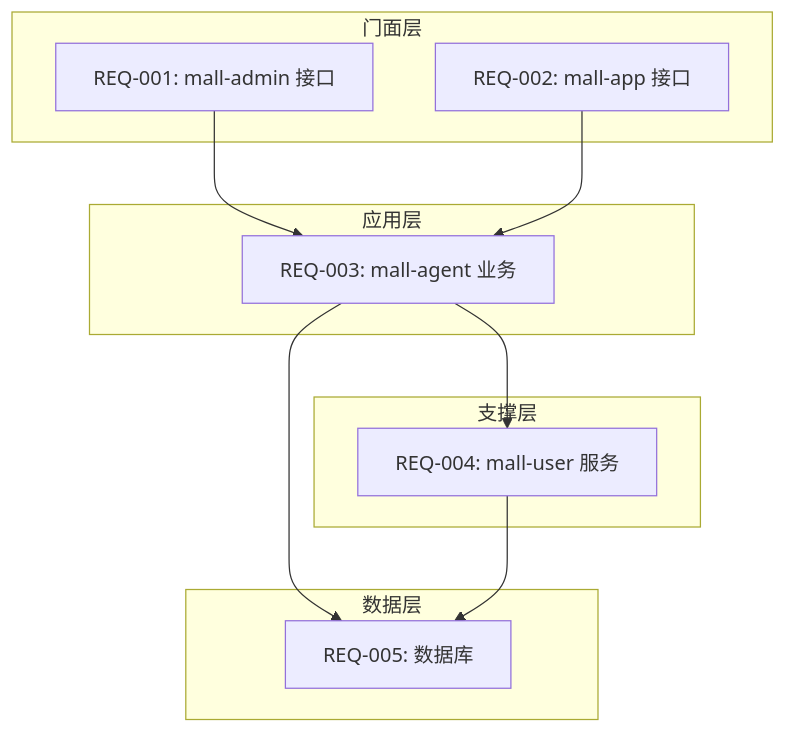
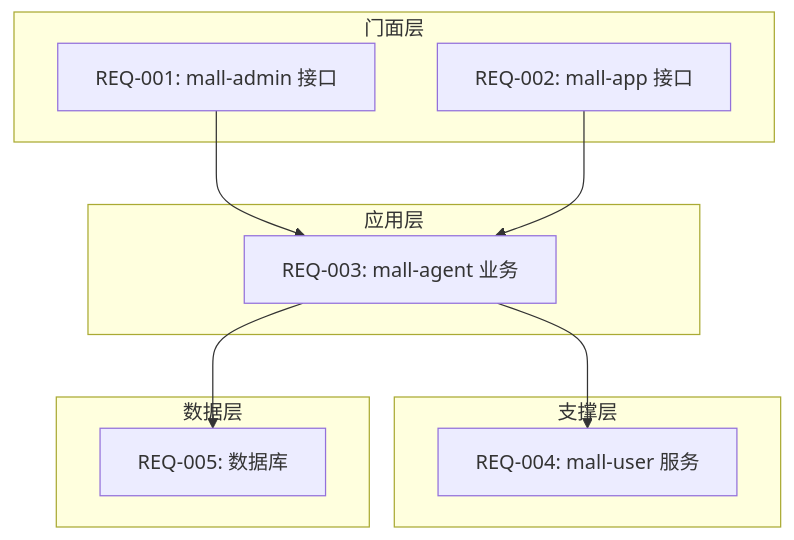
The second of 2 diagrams in .qoder/rules/01-prd-decomposition.md (links1994/aim-coding), drawn with Mermaid before and after one commit. The commit also changed other lines of this file and 14 other files, not shown here.

````diff
--- a/.qoder/rules/01-prd-decomposition.md
+++ b/.qoder/rules/01-prd-decomposition.md
@@ -291,25 +323,24 @@
 ```mermaid
 graph TD
     subgraph "门面层"
         REQ001[REQ-001: mall-admin 接口]
         REQ002[REQ-002: mall-app 接口]
     end
 
     subgraph "应用层"
         REQ003[REQ-003: mall-agent 业务]
     end
 
     subgraph "支撑层"
         REQ004[REQ-004: mall-user 服务]
     end
 
     subgraph "数据层"
         REQ005[REQ-005: 数据库]
     end
 
     REQ001 --> REQ003
     REQ002 --> REQ003
     REQ003 --> REQ004
     REQ003 --> REQ005
-    REQ004 --> REQ005
 ```
````
